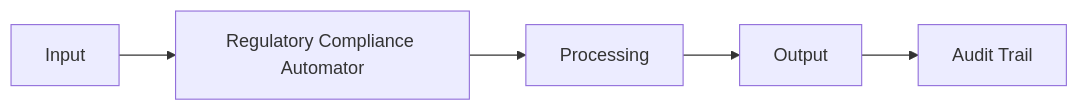
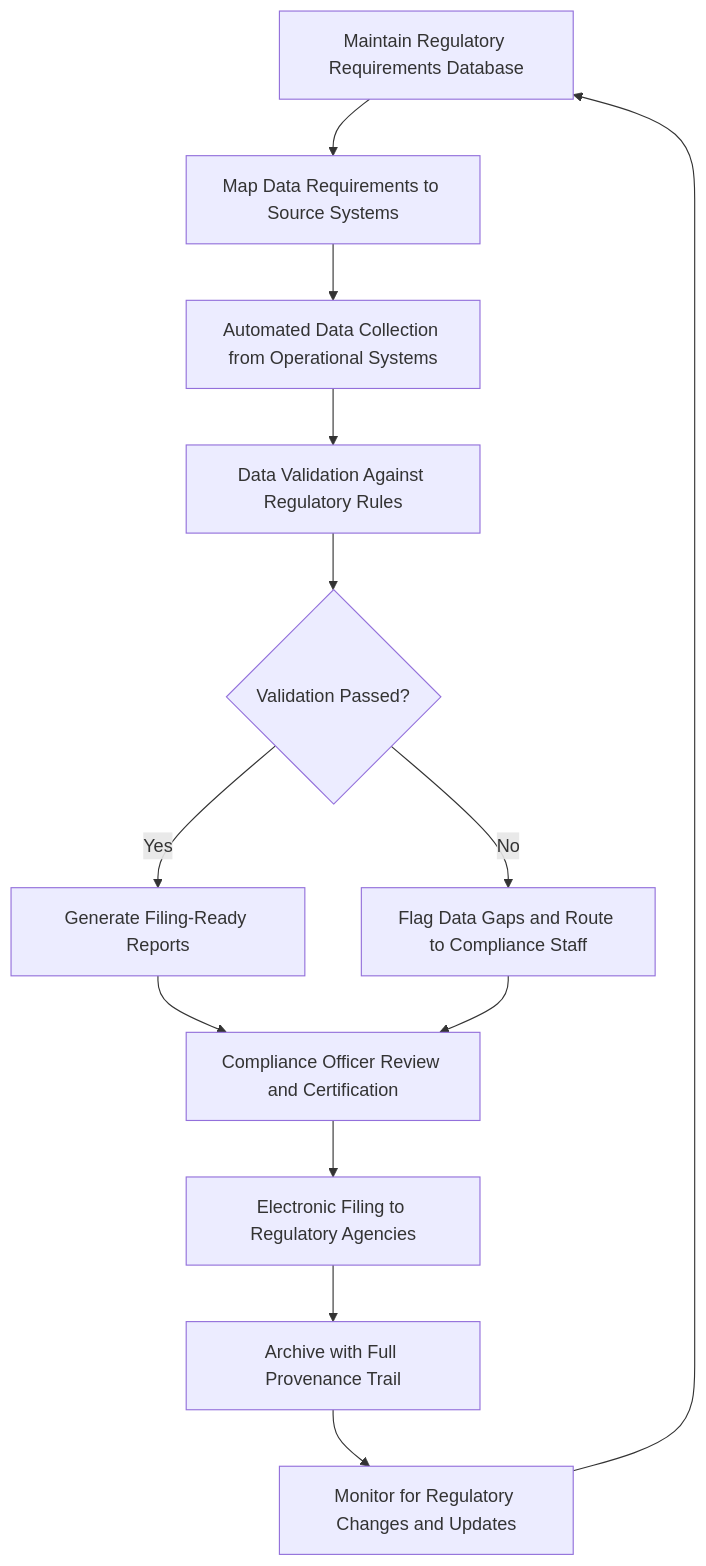
Before and after one commit to andrew-leo-2024/marketplace-docs: the diagram in docs/audiences/03-critical-infrastructure/regulatory-compliance-automator.mdx, drawn with Mermaid. The commit also changed other lines of this file and 401 other files, not shown here.

````diff
--- a/docs/audiences/03-critical-infrastructure/regulatory-compliance-automator.mdx
+++ b/docs/audiences/03-critical-infrastructure/regulatory-compliance-automator.mdx
@@ -29,7 +35,15 @@
 ```mermaid
-graph LR
-    A[Input] --> B[Regulatory Compliance Automator]
-    B --> C[Processing]
-    C --> D[Output]
-    D --> E[Audit Trail]
+graph TD
+    A[Maintain Regulatory Requirements Database] --> B[Map Data Requirements to Source Systems]
+    B --> C[Automated Data Collection from Operational Systems]
+    C --> D[Data Validation Against Regulatory Rules]
+    D --> E{Validation Passed?}
+    E -->|Yes| F[Generate Filing-Ready Reports]
+    E -->|No| G[Flag Data Gaps and Route to Compliance Staff]
+    F --> H[Compliance Officer Review and Certification]
+    G --> H
+    H --> I[Electronic Filing to Regulatory Agencies]
+    I --> J[Archive with Full Provenance Trail]
+    J --> K[Monitor for Regulatory Changes and Updates]
+    K --> A
 ```
````
